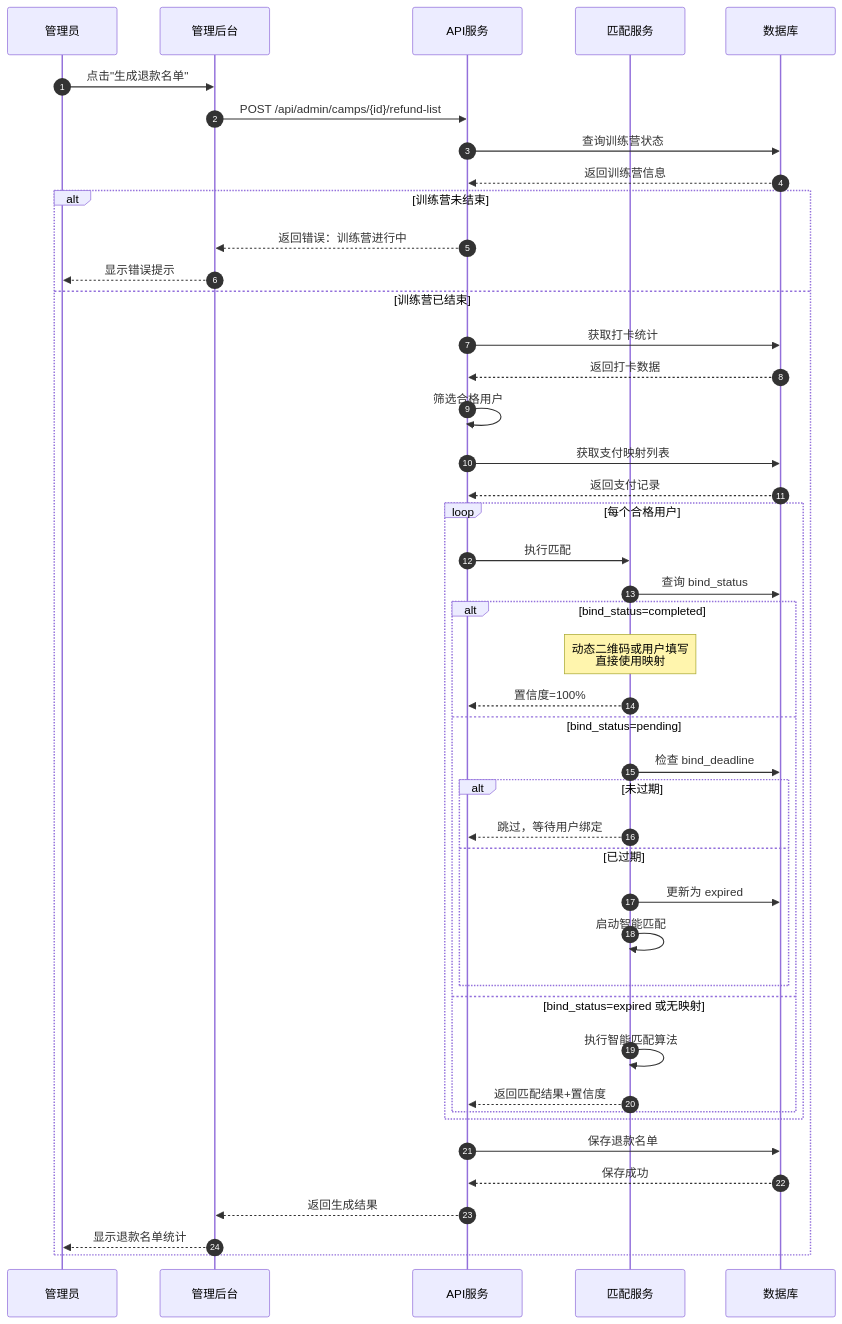
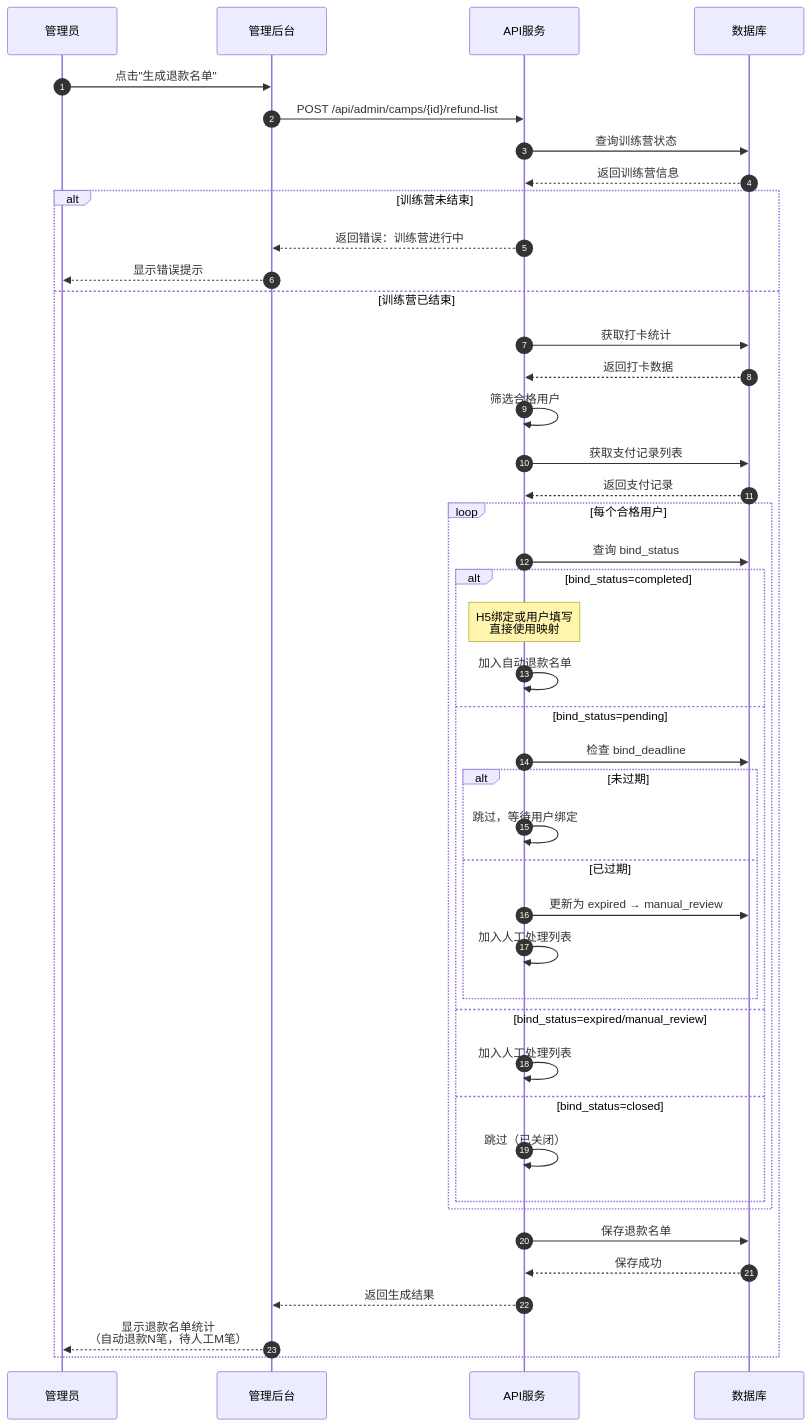
One commit to yiancode/AutoDepositRefundAgent changed the seventh of 15 diagrams in docs/v1/diagrams/时序图.md. Above: the diagram before and after it, drawn with Mermaid. The commit also changed other lines of this file and 9 other files, not shown here.

````diff
--- a/docs/v1/diagrams/时序图.md
+++ b/docs/v1/diagrams/时序图.md
@@ -248,54 +250,53 @@
 ```mermaid
 sequenceDiagram
     autonumber
     participant Admin as 管理员
     participant Web as 管理后台
     participant API as API服务
-    participant Match as 匹配服务
     participant DB as 数据库
 
     Admin->>Web: 点击"生成退款名单"
     Web->>API: POST /api/admin/camps/{id}/refund-list
 
     API->>DB: 查询训练营状态
     DB-->>API: 返回训练营信息
 
     alt 训练营未结束
         API-->>Web: 返回错误：训练营进行中
         Web-->>Admin: 显示错误提示
     else 训练营已结束
         API->>DB: 获取打卡统计
         DB-->>API: 返回打卡数据
         API->>API: 筛选合格用户
 
-        API->>DB: 获取支付映射列表
+        API->>DB: 获取支付记录列表
         DB-->>API: 返回支付记录
 
         loop 每个合格用户
-            API->>Match: 执行匹配
-            Match->>DB: 查询 bind_status
+            API->>DB: 查询 bind_status
 
             alt bind_status=completed
-                Note over Match: 动态二维码或用户填写<br/>直接使用映射
-                Match-->>API: 置信度=100%
+                Note over API: H5绑定或用户填写<br/>直接使用映射
+                API->>API: 加入自动退款名单
             else bind_status=pending
-                Match->>DB: 检查 bind_deadline
+                API->>DB: 检查 bind_deadline
                 alt 未过期
-                    Match-->>API: 跳过，等待用户绑定
+                    API->>API: 跳过，等待用户绑定
                 else 已过期
-                    Match->>DB: 更新为 expired
-                    Match->>Match: 启动智能匹配
+                    API->>DB: 更新为 expired → manual_review
+                    API->>API: 加入人工处理列表
                 end
-            else bind_status=expired 或无映射
-                Match->>Match: 执行智能匹配算法
-                Match-->>API: 返回匹配结果+置信度
+            else bind_status=expired/manual_review
+                API->>API: 加入人工处理列表
+            else bind_status=closed
+                API->>API: 跳过（已关闭）
             end
         end
 
         API->>DB: 保存退款名单
         DB-->>API: 保存成功
 
         API-->>Web: 返回生成结果
-        Web-->>Admin: 显示退款名单统计
+        Web-->>Admin: 显示退款名单统计<br/>（自动退款N笔，待人工M笔）
     end
 ```
````
